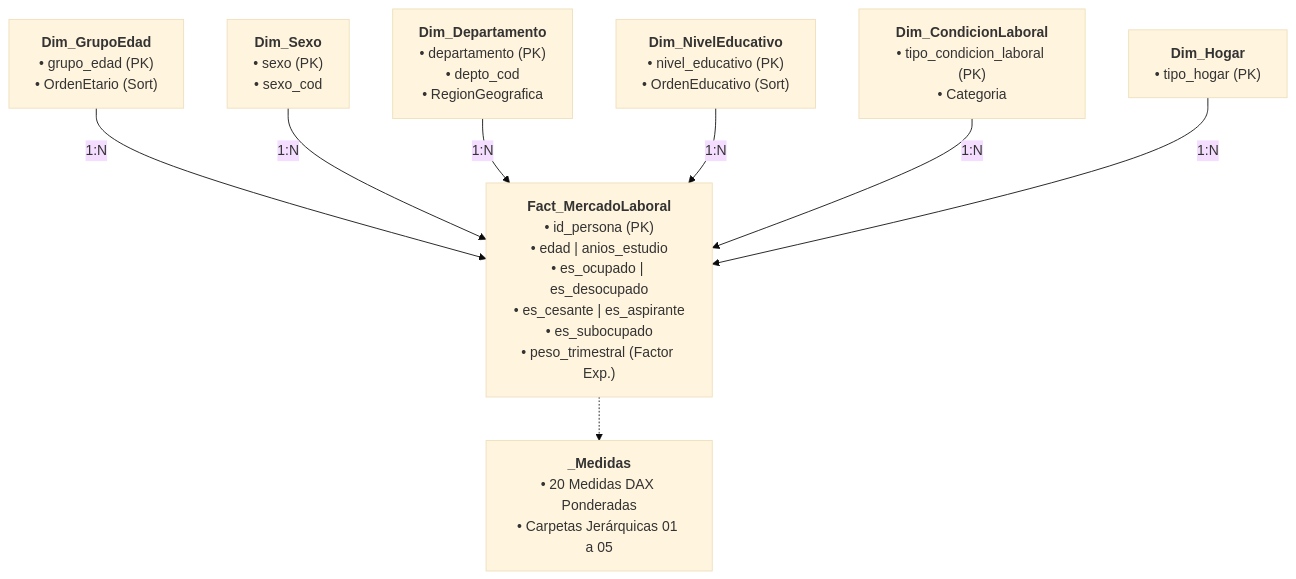
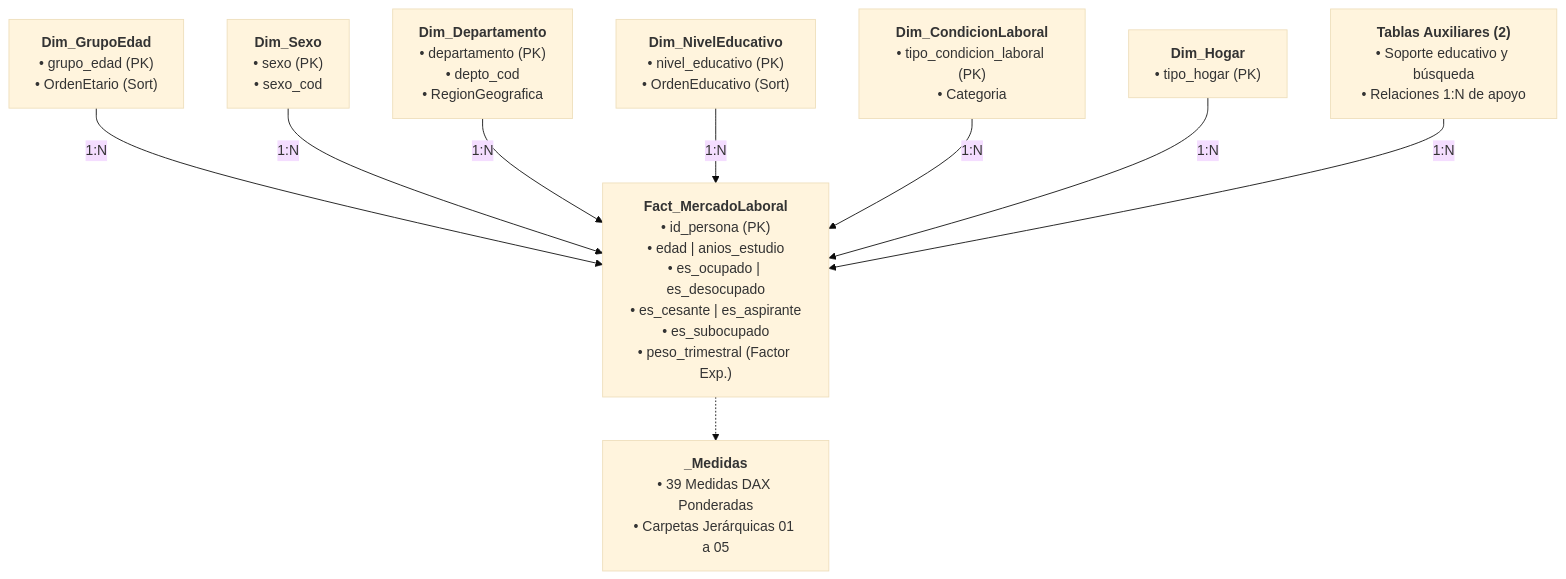
One commit to Franz-Gonzales/Proyecto-Final-Data-Science changed the fourth of 6 diagrams in docs/Proyecto_Monografia_Data_Science_Desocupacion_Juvenil_Bolivia.docx.md. Above: the diagram before and after it, drawn with Mermaid (base theme). The commit also changed other lines of this file and 3 other files, not shown here.

````diff
--- a/docs/Proyecto_Monografia_Data_Science_Desocupacion_Juvenil_Bolivia.docx.md
+++ b/docs/Proyecto_Monografia_Data_Science_Desocupacion_Juvenil_Bolivia.docx.md
@@ -1019,21 +1033,23 @@
 ```mermaid
 flowchart TD
     DIM_E["<b>Dim_GrupoEdad</b><br/>• grupo_edad (PK)<br/>• OrdenEtario (Sort)"]
     DIM_S["<b>Dim_Sexo</b><br/>• sexo (PK)<br/>• sexo_cod"]
     DIM_D["<b>Dim_Departamento</b><br/>• departamento (PK)<br/>• depto_cod<br/>• RegionGeografica"]
     DIM_N["<b>Dim_NivelEducativo</b><br/>• nivel_educativo (PK)<br/>• OrdenEducativo (Sort)"]
     DIM_C["<b>Dim_CondicionLaboral</b><br/>• tipo_condicion_laboral (PK)<br/>• Categoria"]
     DIM_H["<b>Dim_Hogar</b><br/>• tipo_hogar (PK)"]
+    DIM_AUX["<b>Tablas Auxiliares (2)</b><br/>• Soporte educativo y búsqueda<br/>• Relaciones 1:N de apoyo"]
 
     FACT["<b>Fact_MercadoLaboral</b><br/>• id_persona (PK)<br/>• edad | anios_estudio<br/>• es_ocupado | es_desocupado<br/>• es_cesante | es_aspirante<br/>• es_subocupado<br/>• peso_trimestral (Factor Exp.)"]
 
-    MEDIDAS["<b>_Medidas</b><br/>• 20 Medidas DAX Ponderadas<br/>• Carpetas Jerárquicas 01 a 05"]
+    MEDIDAS["<b>_Medidas</b><br/>• 39 Medidas DAX Ponderadas<br/>• Carpetas Jerárquicas 01 a 05"]
 
     DIM_E -->|1:N| FACT
     DIM_S -->|1:N| FACT
     DIM_D -->|1:N| FACT
     DIM_N -->|1:N| FACT
     DIM_C -->|1:N| FACT
     DIM_H -->|1:N| FACT
+    DIM_AUX -->|1:N| FACT
     FACT -.-> MEDIDAS
 ```
````
